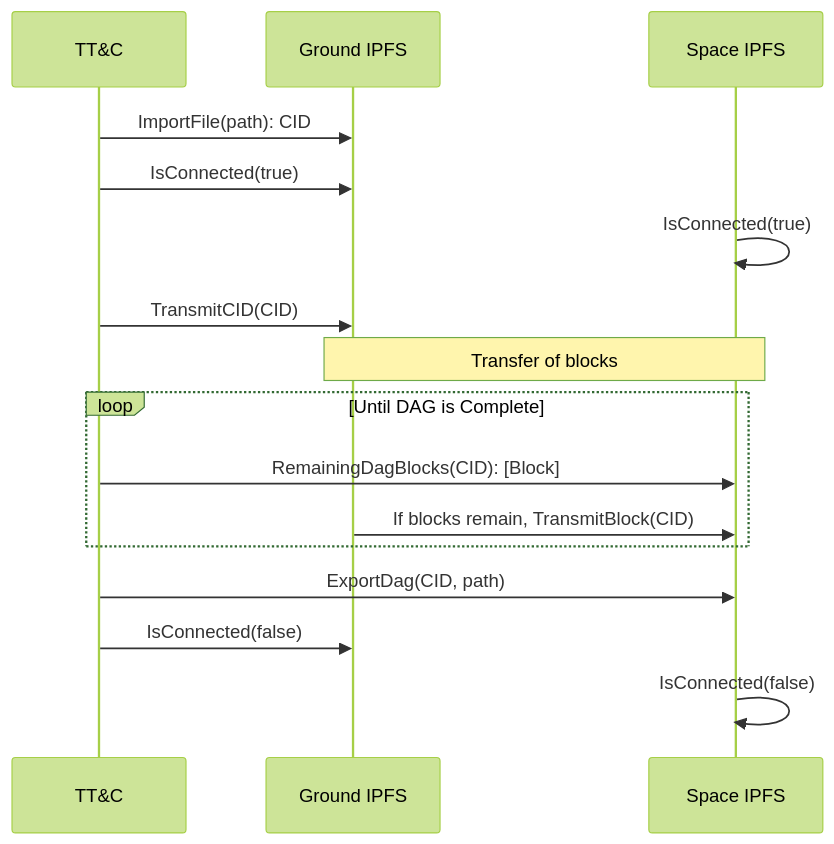
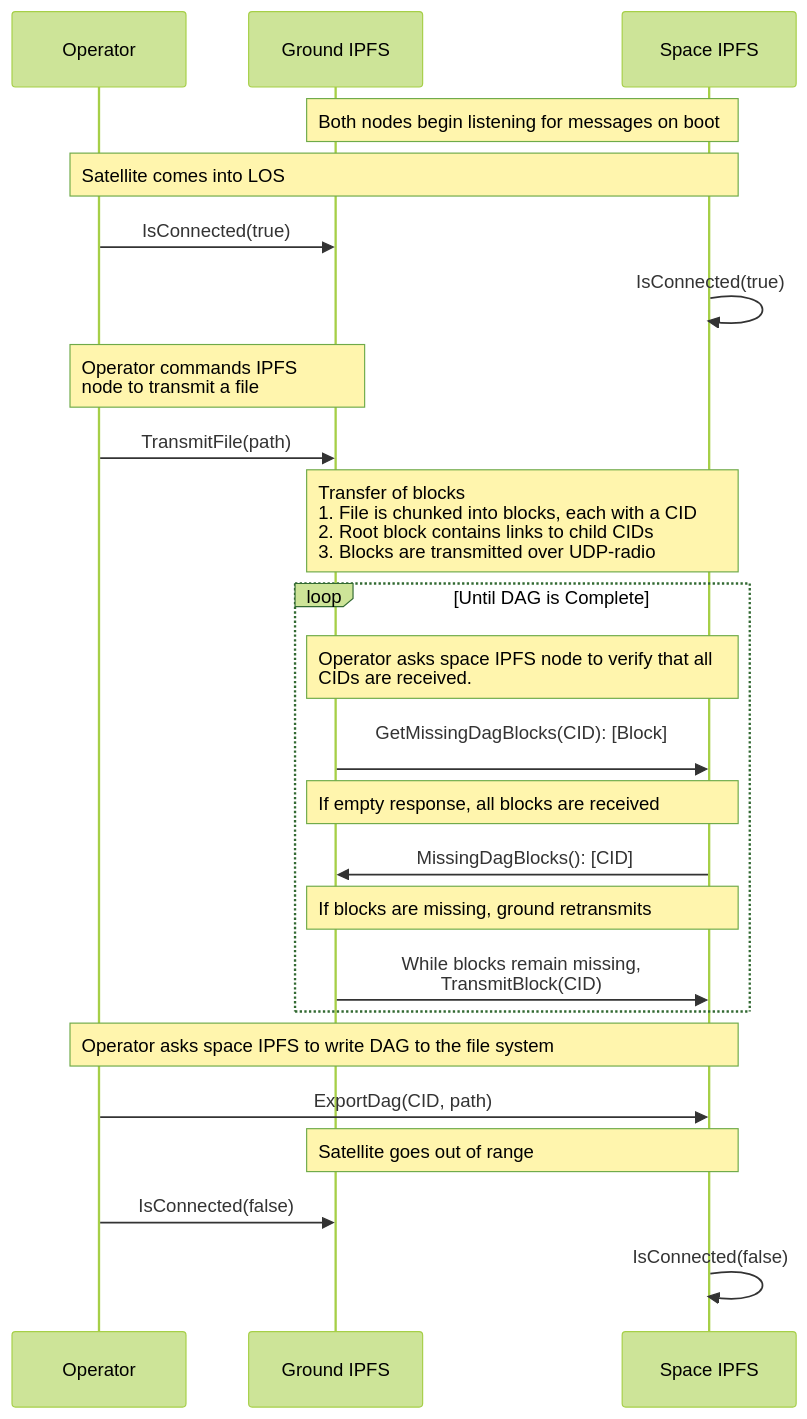
Before and after one commit to ipfs-shipyard/space: the second of 3 diagrams in README.md, drawn with Mermaid (forest theme). The commit also changed other lines of this file and 4 other files, not shown here.

Commit message:
Updated API messages and control diagrams

````diff
--- a/README.md
+++ b/README.md
@@ -126,18 +123,28 @@
 ```mermaid
+%%{init: { "sequence": { "noteAlign": "left"} } }%%
+
 sequenceDiagram
-    participant T as TT&C
+    participant O as Operator
     participant G as Ground IPFS
     participant S as Space IPFS
-    T->>G: ImportFile(path): CID
-    T->>G: IsConnected(true)
+    Note over G,S: Both nodes begin listening for messages on boot
+    Note over O,S: Satellite comes into LOS
+    O->>G: IsConnected(true)
     S->>S: IsConnected(true)
-    T->>G: TransmitCID(CID)
-    Note over G, S: Transfer of blocks
+    Note over O,G: Operator commands IPFS <br/> node to transmit a file
+    O->>G: TransmitFile(path)
+    Note over G,S: Transfer of blocks <br/> 1. File is chunked into blocks, each with a CID <br/> 2. Root block contains links to child CIDs <br/> 3. Blocks are transmitted over UDP-radio 
     loop Until DAG is Complete
-        T->>S: RemainingDagBlocks(CID): [Block]
-        G->>S: If blocks remain, TransmitBlock(CID)
+        Note over G,S: Operator asks space IPFS node to verify that all <br/> CIDs are received.
+        G->>S: GetMissingDagBlocks(CID): [Block] <br/> 
+        Note over G,S: If empty response, all blocks are received
+        S->>G: MissingDagBlocks(): [CID]
+        Note over G,S: If blocks are missing, ground retransmits
+        G->>S: While blocks remain missing, <br/>TransmitBlock(CID)
     end
-    T->>S: ExportDag(CID, path)
-    T->>G: IsConnected(false)
+    Note over O,S: Operator asks space IPFS to write DAG to the file system
+    O->>S: ExportDag(CID, path)
+    Note over G,S: Satellite goes out of range
+    O->>G: IsConnected(false)
     S->>S: IsConnected(false)
 ```
````
